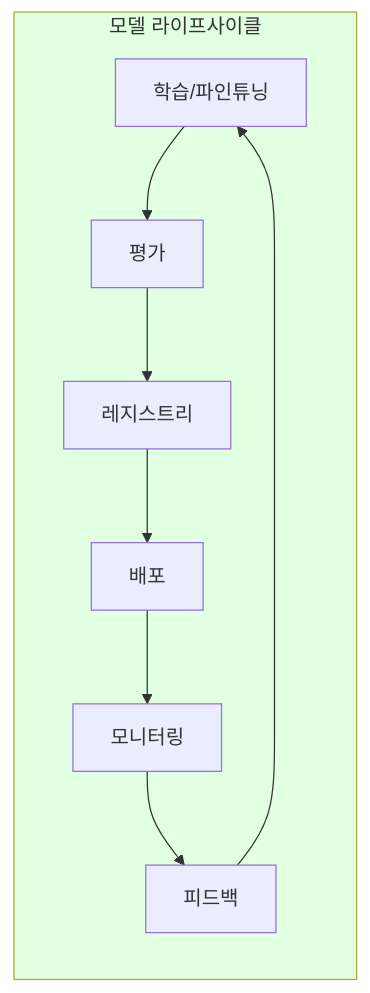
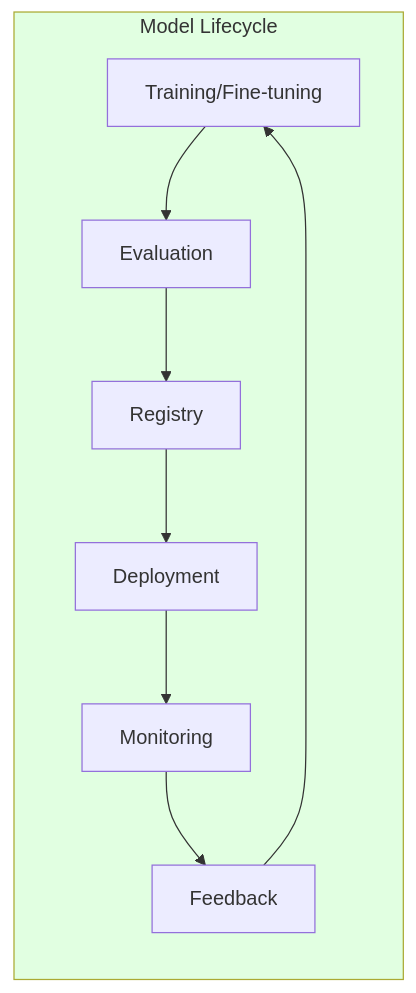
Before and after one commit to devfloor9/engineering-playbook: the fourth of 4 diagrams in i18n/en/docusaurus-plugin-content-docs/current/agentic-ai-platform/design-architecture/agentic-ai-challenges.md, drawn with Mermaid. The commit also changed other lines of this file and 16 other files, not shown here.

````diff
--- a/i18n/en/docusaurus-plugin-content-docs/current/agentic-ai-platform/design-architecture/agentic-ai-challenges.md
+++ b/i18n/en/docusaurus-plugin-content-docs/current/agentic-ai-platform/design-architecture/agentic-ai-challenges.md
@@ -190,16 +190,16 @@
 ```mermaid
 flowchart LR
-    subgraph Lifecycle["모델 라이프사이클"]
-        TRAIN["학습/파인튜닝"]
-        EVAL["평가"]
-        REG["레지스트리"]
-        DEPLOY["배포"]
-        MONITOR["모니터링"]
-        FEEDBACK["피드백"]
+    subgraph Lifecycle["Model Lifecycle"]
+        TRAIN["Training/Fine-tuning"]
+        EVAL["Evaluation"]
+        REG["Registry"]
+        DEPLOY["Deployment"]
+        MONITOR["Monitoring"]
+        FEEDBACK["Feedback"]
     end
 
     TRAIN --> EVAL --> REG --> DEPLOY --> MONITOR --> FEEDBACK
     FEEDBACK --> TRAIN
 
     style Lifecycle fill:#e1ffe1
 ```
````
